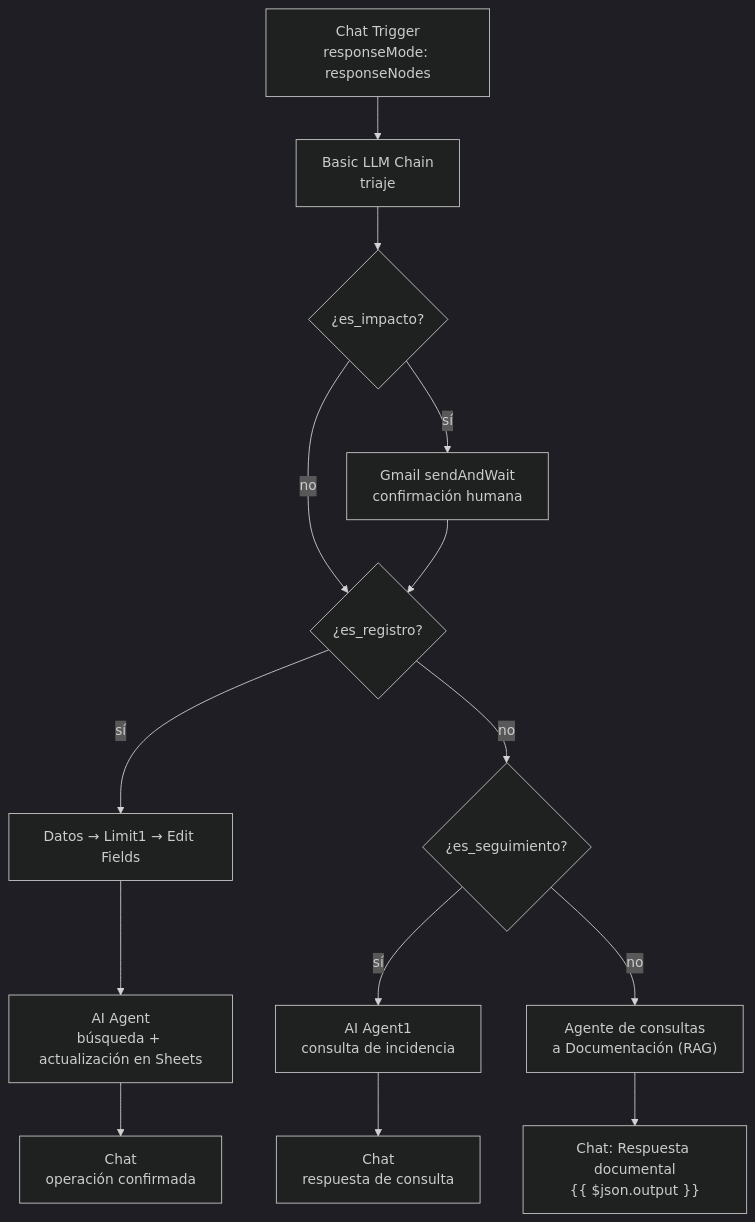
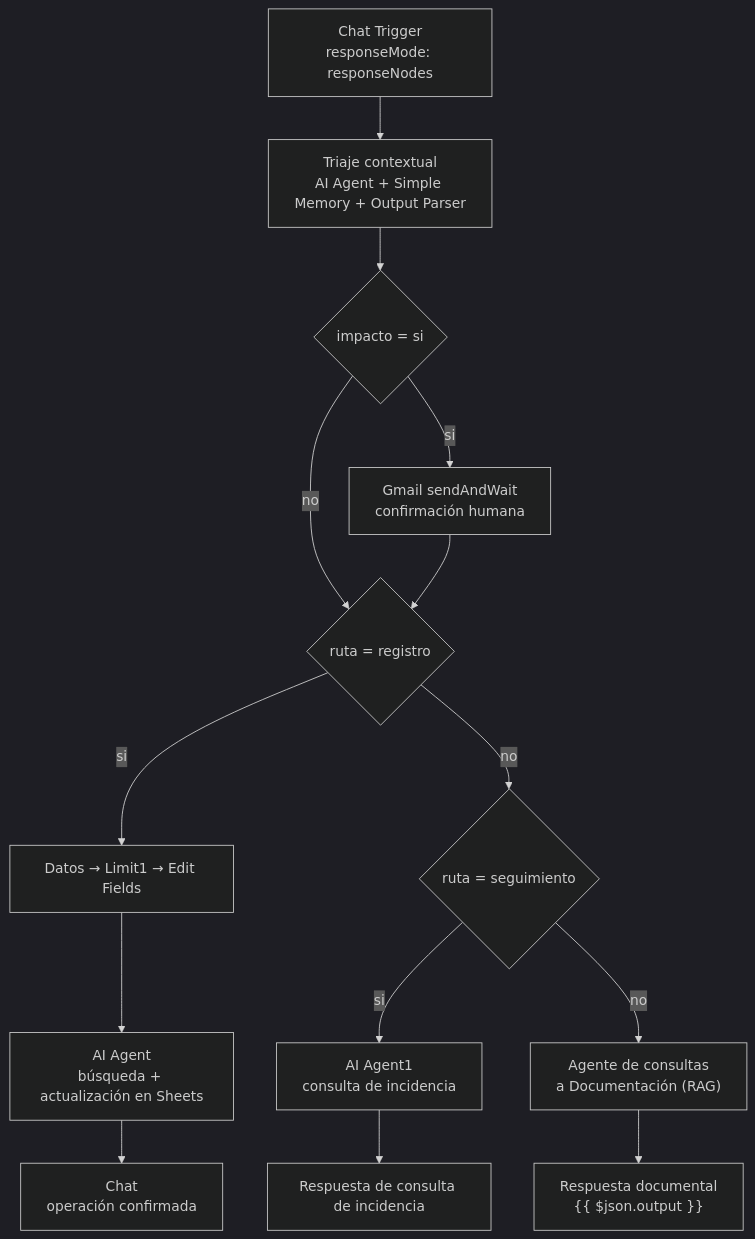
One commit to Charlie-24/Asistente-Negocio-N8N- changed the diagram in README.md. Above: the diagram before and after it, drawn with Mermaid (dark theme). The commit also changed other lines of this file and 3 other files, not shown here.

````diff
--- a/README.md
+++ b/README.md
@@ -29,16 +37,16 @@
 ```mermaid
 flowchart TD
-    A["Chat Trigger<br/>responseMode: responseNodes"] --> B["Basic LLM Chain<br/>triaje"]
-    B --> C{"¿es_impacto?"}
-    C -->|"sí"| D["Gmail sendAndWait<br/>confirmación humana"]
+    A["Chat Trigger<br/>responseMode: responseNodes"] --> B["Triaje contextual<br/>AI Agent + Simple Memory + Output Parser"]
+    B --> C{"impacto = si"}
+    C -->|"si"| D["Gmail sendAndWait<br/>confirmación humana"]
     C -->|"no"| E
-    D --> E{"¿es_registro?"}
-    E -->|"sí"| F["Datos → Limit1 → Edit Fields"]
+    D --> E{"ruta = registro"}
+    E -->|"si"| F["Datos → Limit1 → Edit Fields"]
     F --> G["AI Agent<br/>búsqueda + actualización en Sheets"]
     G --> H["Chat<br/>operación confirmada"]
-    E -->|"no"| I{"¿es_seguimiento?"}
-    I -->|"sí"| J["AI Agent1<br/>consulta de incidencia"]
-    J --> K["Chat<br/>respuesta de consulta"]
+    E -->|"no"| I{"ruta = seguimiento"}
+    I -->|"si"| J["AI Agent1<br/>consulta de incidencia"]
+    J --> K["Respuesta de consulta de incidencia"]
     I -->|"no"| L["Agente de consultas<br/>a Documentación (RAG)"]
-    L --> M["Chat: Respuesta documental<br/>{{ $json.output }}"]
+    L --> M["Respuesta documental<br/>{{ $json.output }}"]
 ```
````
